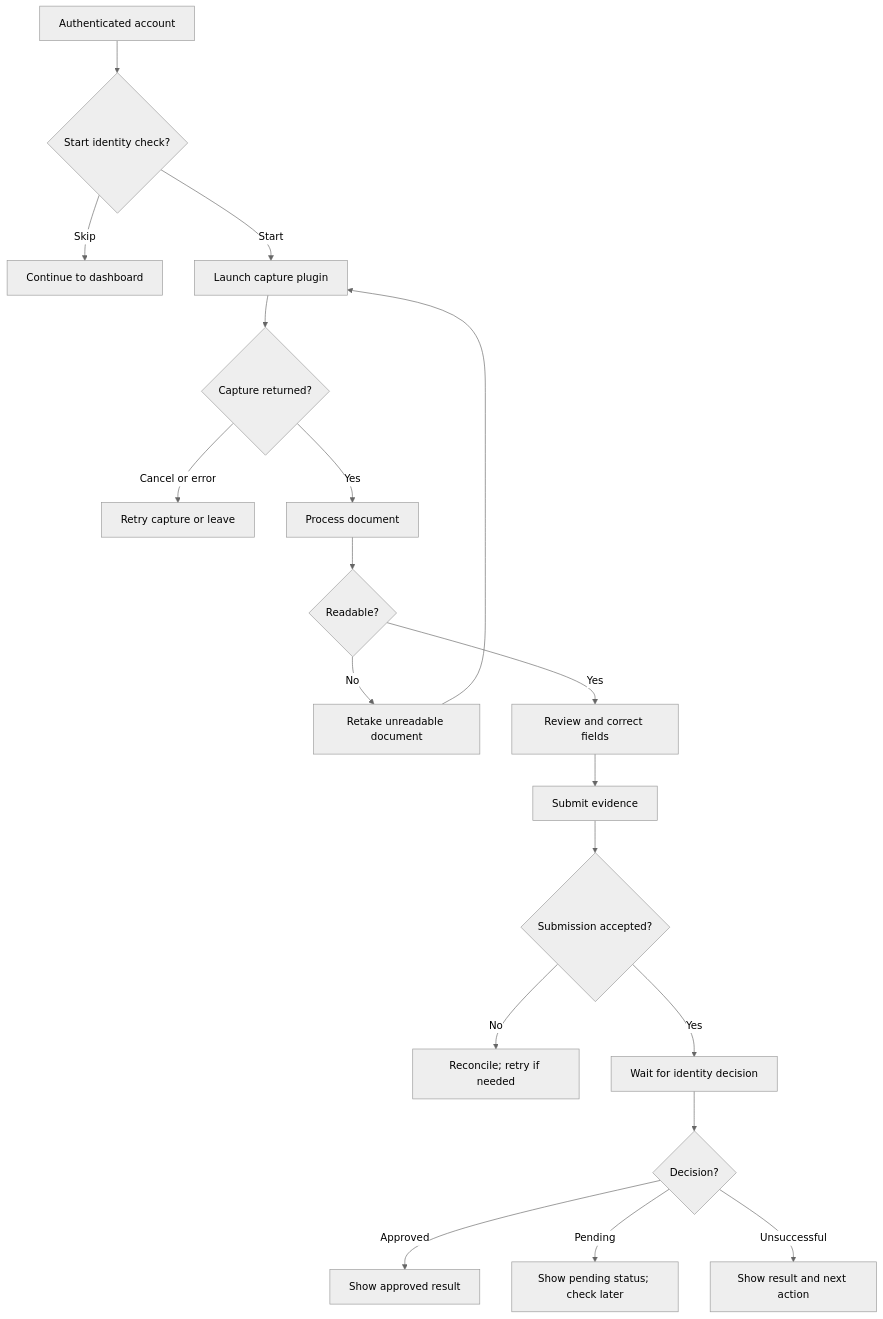
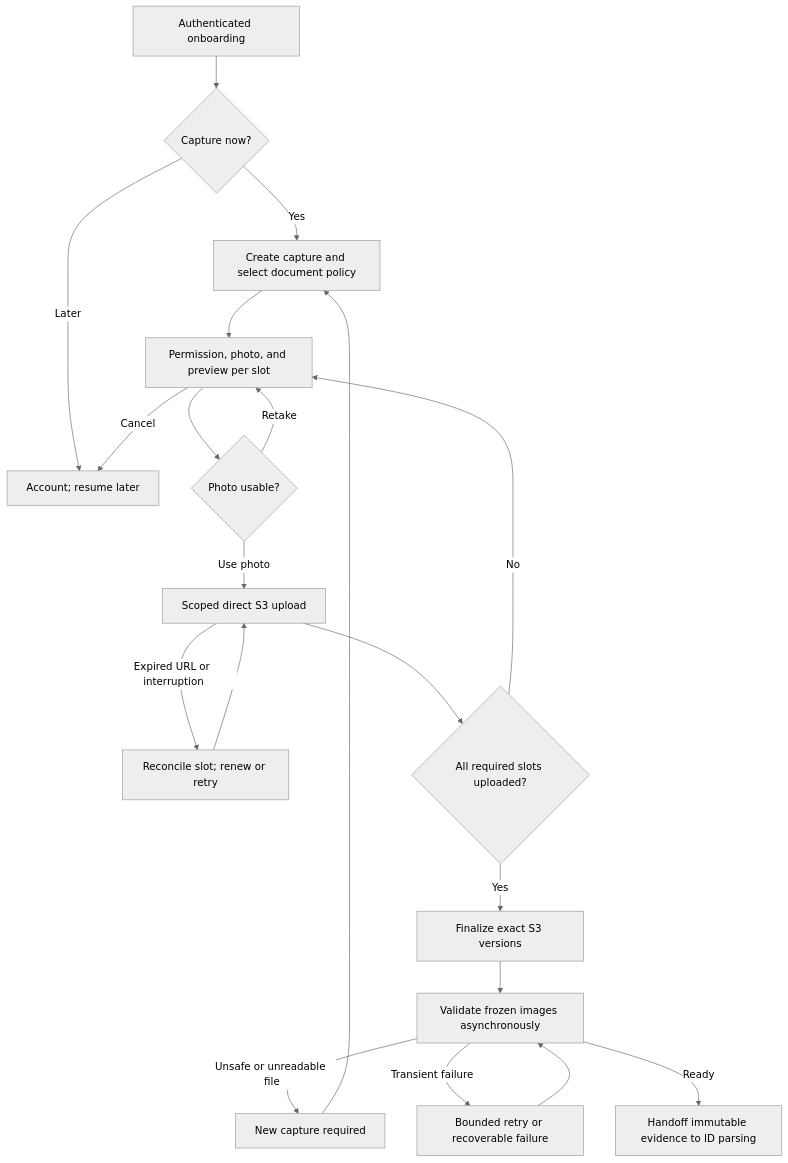
Before and after one commit to lambdawalker/design.attestra: the diagram in auth/onboarding/id-capture/flow.md, drawn with Mermaid (neutral theme). The commit also changed other lines of this file and 26 other files, not shown here.

Commit message:
docs: split onboarding ID capture and parsing architecture

````diff
--- a/auth/onboarding/id-capture/flow.md
+++ b/auth/onboarding/id-capture/flow.md
@@ -5,21 +5,22 @@
 ```mermaid
 flowchart TD
-    S["Authenticated account"] --> C{"Start identity check?"}
-    C -->|Skip| D["Continue to dashboard"]
-    C -->|Start| P["Launch capture plugin"]
-    P --> X{"Capture returned?"}
-    X -->|Cancel or error| R["Retry capture or leave"]
-    X -->|Yes| E["Process document"]
-    E --> L{"Readable?"}
-    L -->|No| U["Retake unreadable document"]
-    U --> P
-    L -->|Yes| V["Review and correct fields"]
-    V --> Q["Submit evidence"]
-    Q --> T{"Submission accepted?"}
-    T -->|No| F["Reconcile; retry if needed"]
-    T -->|Yes| W["Wait for identity decision"]
-    W --> O{"Decision?"}
-    O -->|Approved| A["Show approved result"]
-    O -->|Pending| H["Show pending status; check later"]
-    O -->|Unsuccessful| N["Show result and next action"]
+    A["Authenticated onboarding"] --> B{"Capture now?"}
+    B -->|Later| Z["Account; resume later"]
+    B -->|Yes| C["Create capture and select document policy"]
+    C --> D["Permission, photo, and preview per slot"]
+    D -->|Cancel| Z
+    D --> E{"Photo usable?"}
+    E -->|Retake| D
+    E -->|Use photo| F["Scoped direct S3 upload"]
+    F -->|Expired URL or interruption| R["Reconcile slot; renew or retry"]
+    R --> F
+    F --> G{"All required slots uploaded?"}
+    G -->|No| D
+    G -->|Yes| H["Finalize exact S3 versions"]
+    H --> I["Validate frozen images asynchronously"]
+    I -->|Unsafe or unreadable file| J["New capture required"]
+    J --> C
+    I -->|Transient failure| K["Bounded retry or recoverable failure"]
+    K --> I
+    I -->|Ready| P["Handoff immutable evidence to ID parsing"]
 ```
````
